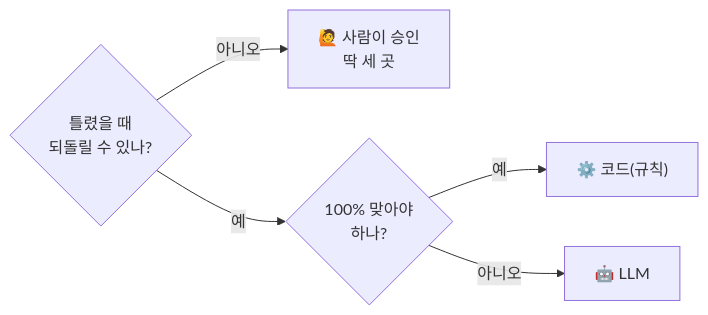
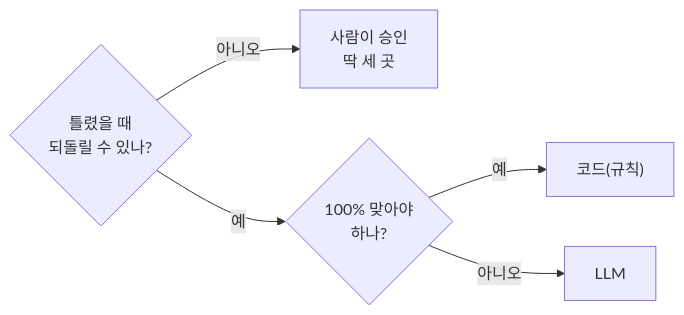
One commit to kakaotechcampus-4/ktc4-pusan-3 changed the first of 3 diagrams in README.md. Above: the diagram before and after it, drawn with Mermaid. The commit also changed other lines of this file and 10 other files, not shown here.

````diff
--- a/README.md
+++ b/README.md
@@ -141,7 +93,7 @@
 ```mermaid
 flowchart LR
-    Q1{"틀렸을 때<br/>되돌릴 수 있나?"} -- "아니오" --> H["🙋 사람이 승인<br/>딱 세 곳"]
+    Q1{"틀렸을 때<br/>되돌릴 수 있나?"} -- "아니오" --> H["사람이 승인<br/>딱 세 곳"]
     Q1 -- "예" --> Q2{"100% 맞아야<br/>하나?"}
-    Q2 -- "예" --> C["⚙️ 코드(규칙)"]
-    Q2 -- "아니오" --> L["🤖 LLM"]
+    Q2 -- "예" --> C["코드(규칙)"]
+    Q2 -- "아니오" --> L["LLM"]
 ```
````
